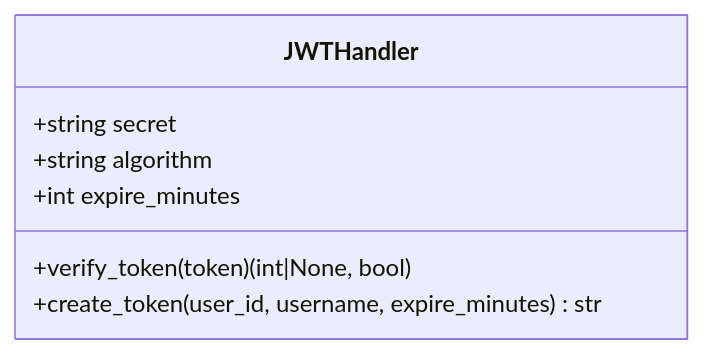
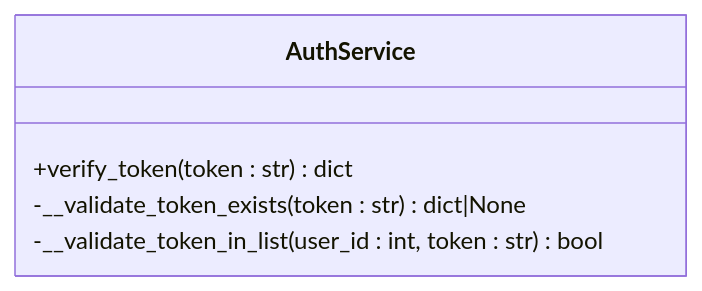
One commit to lilinzezzzzzz/fastapi-backend changed the third of 9 diagrams in .qoder/repowiki/zh/content/安全认证机制/安全认证机制.md. Above: the diagram before and after it, drawn with Mermaid. The commit also changed other lines of this file and 42 other files, not shown here.

````diff
--- a/.qoder/repowiki/zh/content/安全认证机制/安全认证机制.md
+++ b/.qoder/repowiki/zh/content/安全认证机制/安全认证机制.md
@@ -167,10 +190,8 @@
 ```mermaid
 classDiagram
-class JWTHandler {
-+string secret
-+string algorithm
-+int expire_minutes
-+verify_token(token) (int|None, bool)
-+create_token(user_id, username, expire_minutes) str
+class AuthService {
++verify_token(token : str) dict
+-__validate_token_exists(token : str) dict|None
+-__validate_token_in_list(user_id : int, token : str) bool
 }
 ```
````
